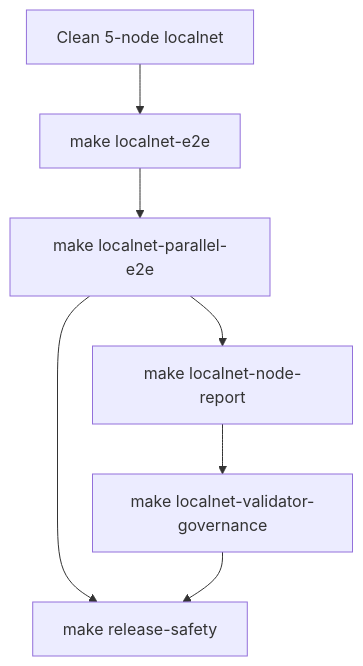
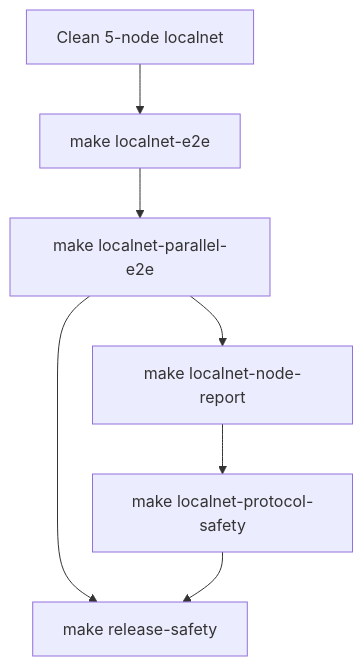
The first of 2 diagrams in node/localnet-e2e.md (xian-technology/xian-docs-web), drawn with Mermaid before and after one commit. The commit also changed other lines of this file and 24 other files, not shown here.

First line of the commit message:
Docs audit: expand products section, fix drifted content, add diagrams

````diff
--- a/node/localnet-e2e.md
+++ b/node/localnet-e2e.md
@@ -34,16 +34,16 @@
 ```mermaid
 flowchart TD
   Clean["Clean 5-node localnet"]
   Layered["make localnet-e2e"]
   Parallel["make localnet-parallel-e2e"]
   Report["make localnet-node-report"]
-  Governance["make localnet-validator-governance"]
+  Safety["make localnet-protocol-safety"]
   Release["make release-safety"]
 
   Clean --> Layered
   Layered --> Parallel
   Parallel --> Report
-  Report --> Governance
+  Report --> Safety
   Parallel --> Release
-  Governance --> Release
+  Safety --> Release
 ```
````
